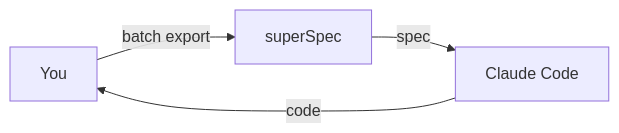
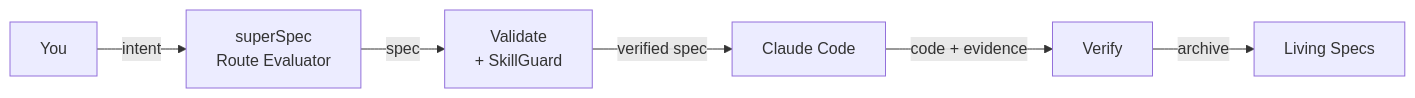
Before and after one commit to ChenJazzyBoss/superSpec: the first of 2 diagrams in README.md, drawn with Mermaid. The commit also changed other lines of this file, not shown here.

Commit message:
文档(README): 更新 Mermaid 工作流图，体现自适应路由和 3 条路径

````diff
--- a/README.md
+++ b/README.md
@@ -36,6 +36,8 @@
 ```mermaid
 flowchart LR
-    You["You"] -- batch export --> SS["superSpec"]
-    SS -- spec --> Claude["Claude Code"]
-    Claude -- code --> You
+    You["You"] -- "intent" --> Route["superSpec<br/>Route Evaluator"]
+    Route -- "spec" --> Validate["Validate<br/>+ SkillGuard"]
+    Validate -- "verified spec" --> Claude["Claude Code"]
+    Claude -- "code + evidence" --> Verify["Verify"]
+    Verify -- "archive" --> Specs["Living Specs"]
 ```
````
